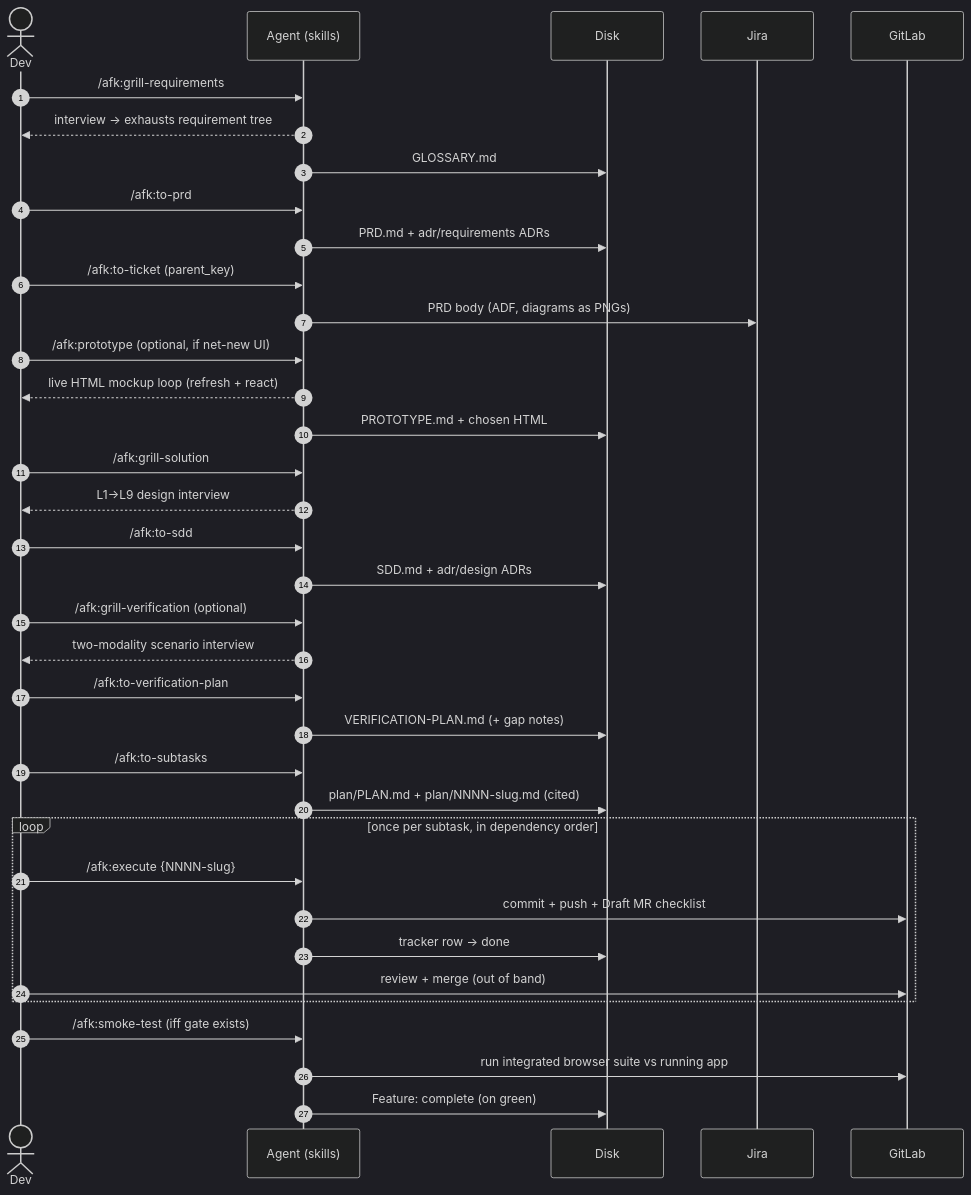
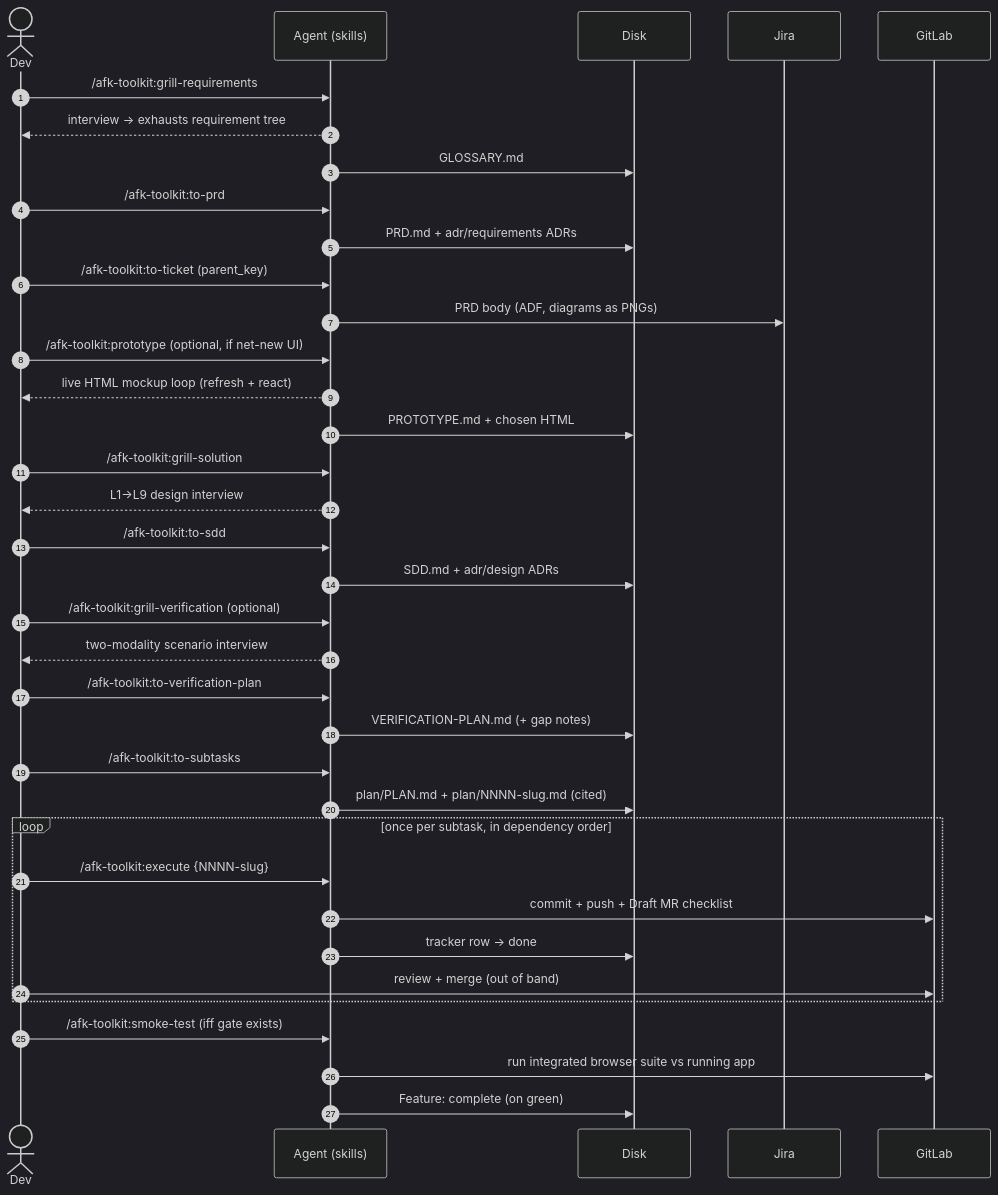
Before and after one commit to midnightblur/afk-driver: the third of 6 diagrams in README.md, drawn with Mermaid (dark theme). The commit also changed other lines of this file and 105 other files, not shown here.

First line of the commit message:
afk-toolkit: rename and standalone root

````diff
--- a/README.md
+++ b/README.md
@@ -264,39 +264,39 @@
 ```mermaid
 sequenceDiagram
     autonumber
     actor Dev
     participant CC as Agent (skills)
     participant Disk as Disk
     participant Jira as Jira
     participant GL as GitLab
 
-    Dev->>CC: /afk:grill-requirements
+    Dev->>CC: /afk-toolkit:grill-requirements
     CC-->>Dev: interview → exhausts requirement tree
     CC->>Disk: GLOSSARY.md
-    Dev->>CC: /afk:to-prd
+    Dev->>CC: /afk-toolkit:to-prd
     CC->>Disk: PRD.md + adr/requirements ADRs
-    Dev->>CC: /afk:to-ticket (parent_key)
+    Dev->>CC: /afk-toolkit:to-ticket (parent_key)
     CC->>Jira: PRD body (ADF, diagrams as PNGs)
-    Dev->>CC: /afk:prototype (optional, if net-new UI)
+    Dev->>CC: /afk-toolkit:prototype (optional, if net-new UI)
     CC-->>Dev: live HTML mockup loop (refresh + react)
     CC->>Disk: PROTOTYPE.md + chosen HTML
-    Dev->>CC: /afk:grill-solution
+    Dev->>CC: /afk-toolkit:grill-solution
     CC-->>Dev: L1→L9 design interview
-    Dev->>CC: /afk:to-sdd
+    Dev->>CC: /afk-toolkit:to-sdd
     CC->>Disk: SDD.md + adr/design ADRs
-    Dev->>CC: /afk:grill-verification (optional)
+    Dev->>CC: /afk-toolkit:grill-verification (optional)
     CC-->>Dev: two-modality scenario interview
-    Dev->>CC: /afk:to-verification-plan
+    Dev->>CC: /afk-toolkit:to-verification-plan
     CC->>Disk: VERIFICATION-PLAN.md (+ gap notes)
-    Dev->>CC: /afk:to-subtasks
+    Dev->>CC: /afk-toolkit:to-subtasks
     CC->>Disk: plan/PLAN.md + plan/NNNN-slug.md (cited)
     loop once per subtask, in dependency order
-        Dev->>CC: /afk:execute {NNNN-slug}
+        Dev->>CC: /afk-toolkit:execute {NNNN-slug}
         CC->>GL: commit + push + Draft MR checklist
         CC->>Disk: tracker row → done
         Dev->>GL: review + merge (out of band)
     end
-    Dev->>CC: /afk:smoke-test (iff gate exists)
+    Dev->>CC: /afk-toolkit:smoke-test (iff gate exists)
     CC->>GL: run integrated browser suite vs running app
     CC->>Disk: Feature: complete (on green)
 ```
````
